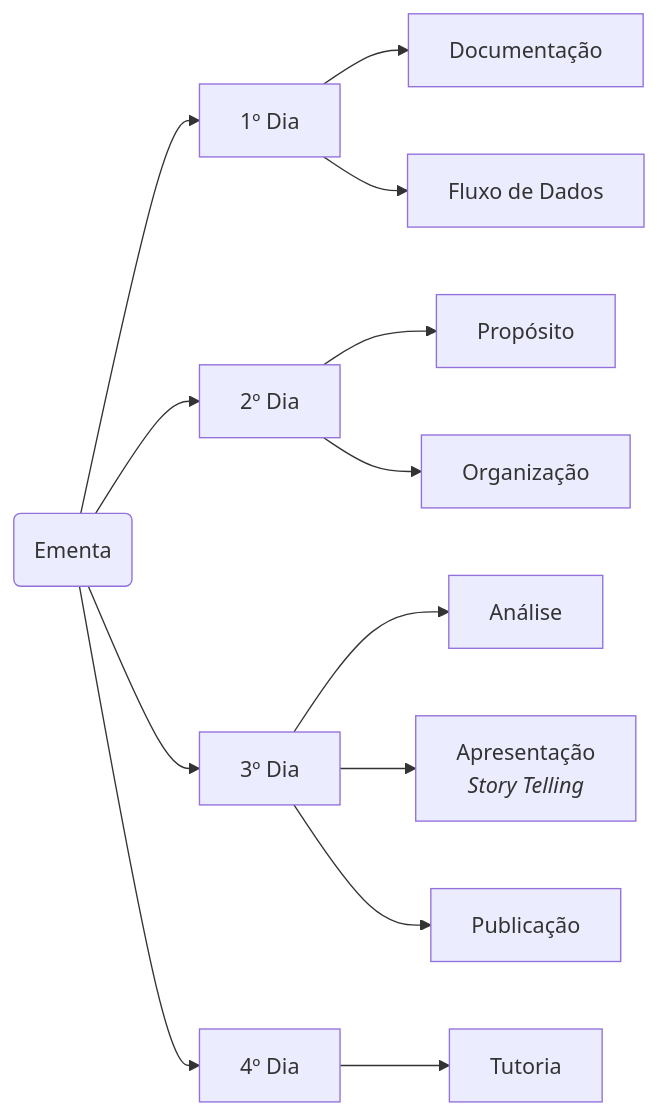
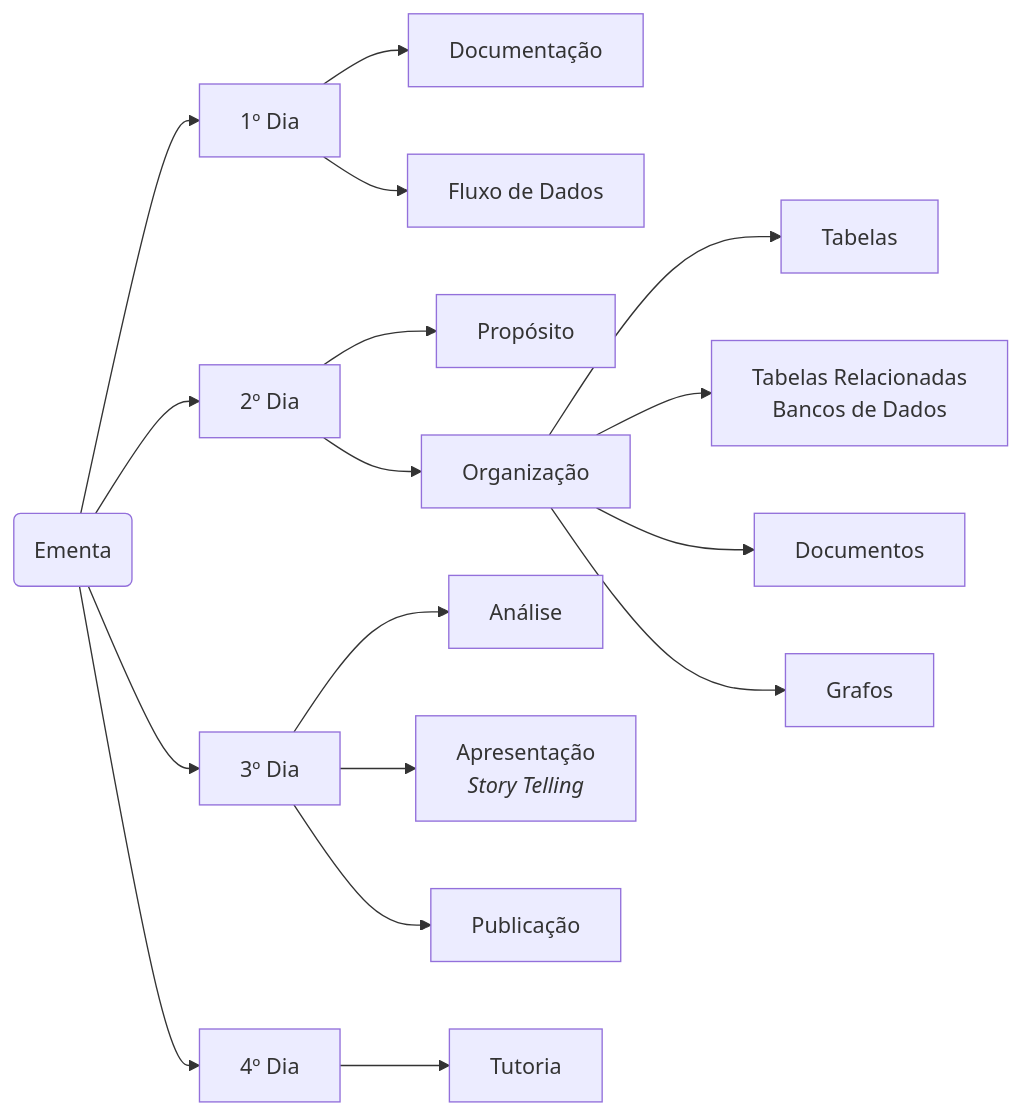
Before and after one commit to edalcin/eb11302: the diagram in 202x/ementa.md, drawn with Mermaid.

````diff
--- a/202x/ementa.md
+++ b/202x/ementa.md
@@ -3,15 +3,19 @@
 ```mermaid
 graph LR
     00(Ementa) --> 01[1º Dia]
         01 --> 01.1[Documentação]
         01 --> 01.2[Fluxo de Dados]
     00(Ementa) --> 02[2º Dia] 
         02 --> 02.1[Propósito]
         02 --> 02.2[Organização]
+            02.2 --> 02.2.1[Tabelas]
+            02.2 --> 02.2.2[Tabelas Relacionadas<br>Bancos de Dados]
+            02.2 --> 02.2.3[Documentos]
+            02.2 --> 02.2.4[Grafos]
     00(Ementa) --> 03[3º Dia]
         03 --> 03.1[Análise]
         03 --> 03.2[Apresentação<br><i>Story Telling</i>]
         03 --> 03.3[Publicação]
     00(Ementa) --> 04[4º Dia]
         04 --> 04.1[Tutoria]
 ```
````
